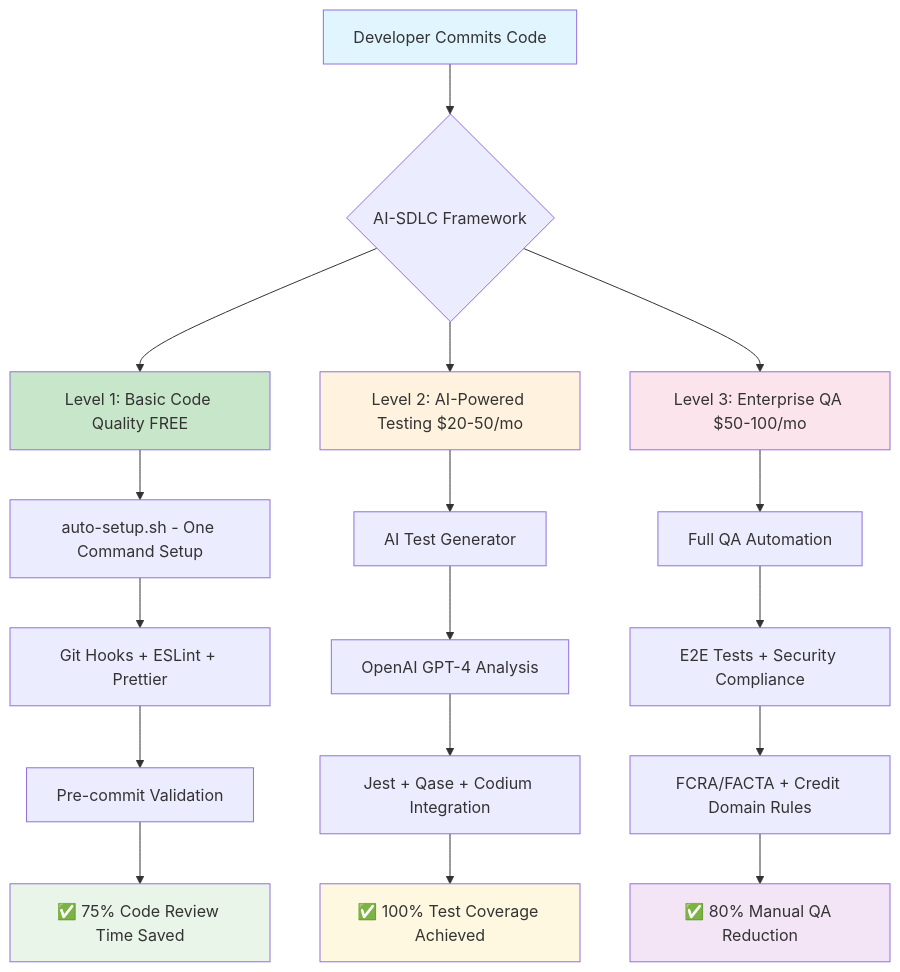
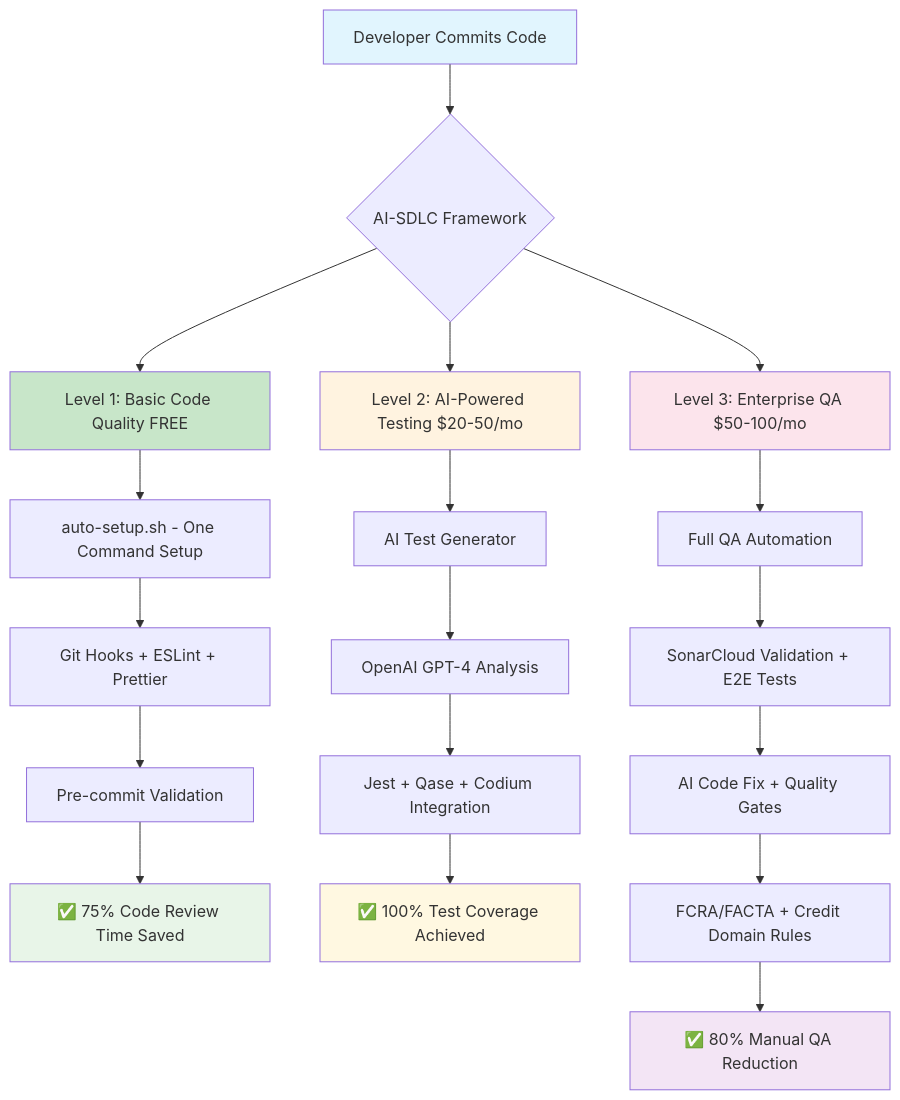
One commit to nydamon/ai-sdlc-docs changed the first of 2 diagrams in docs/architecture-simplified.md. Above: the diagram before and after it, drawn with Mermaid. The commit also changed other lines of this file and 6 other files, not shown here.

First line of the commit message:
docs: comprehensive SonarCloud validation integration across all guides

````diff
--- a/docs/architecture-simplified.md
+++ b/docs/architecture-simplified.md
@@ -9,31 +9,32 @@
 ```mermaid
 graph TD
     A[Developer Commits Code] --> B{AI-SDLC Framework}
 
     B --> L1[Level 1: Basic Code Quality FREE]
     B --> L2[Level 2: AI-Powered Testing $20-50/mo]
     B --> L3[Level 3: Enterprise QA $50-100/mo]
 
     L1 --> C[auto-setup.sh - One Command Setup]
     C --> D[Git Hooks + ESLint + Prettier]
     D --> E[Pre-commit Validation]
     E --> R1[✅ 75% Code Review Time Saved]
 
     L2 --> F[AI Test Generator]
     F --> G[OpenAI GPT-4 Analysis]
     G --> H[Jest + Qase + Codium Integration]
     H --> R2[✅ 100% Test Coverage Achieved]
 
     L3 --> I[Full QA Automation]
-    I --> J[E2E Tests + Security Compliance]
-    J --> K[FCRA/FACTA + Credit Domain Rules]
+    I --> J[SonarCloud Validation + E2E Tests]
+    J --> SC[AI Code Fix + Quality Gates]
+    SC --> K[FCRA/FACTA + Credit Domain Rules]
     K --> R3[✅ 80% Manual QA Reduction]
 
     style A fill:#e1f5fe
     style L1 fill:#c8e6c9
     style L2 fill:#fff3e0
     style L3 fill:#fce4ec
     style R1 fill:#e8f5e8
     style R2 fill:#fff8e1
     style R3 fill:#f3e5f5
 ```
````
